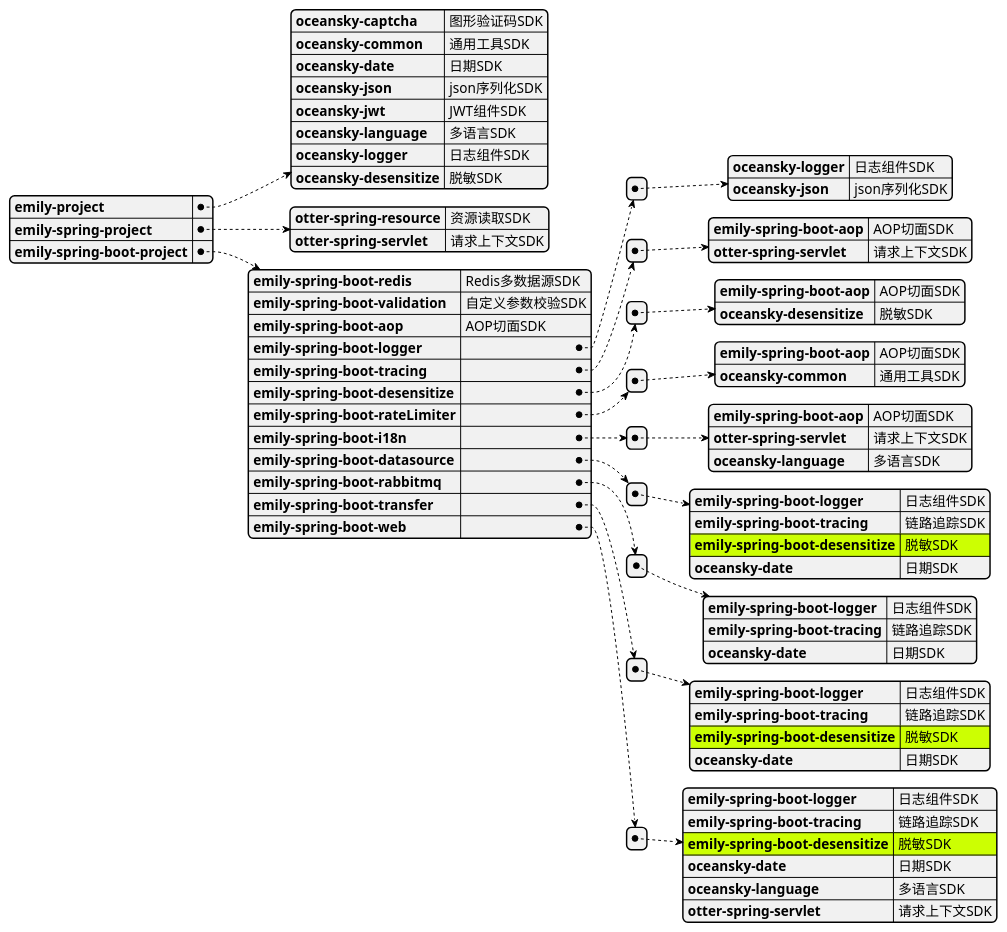
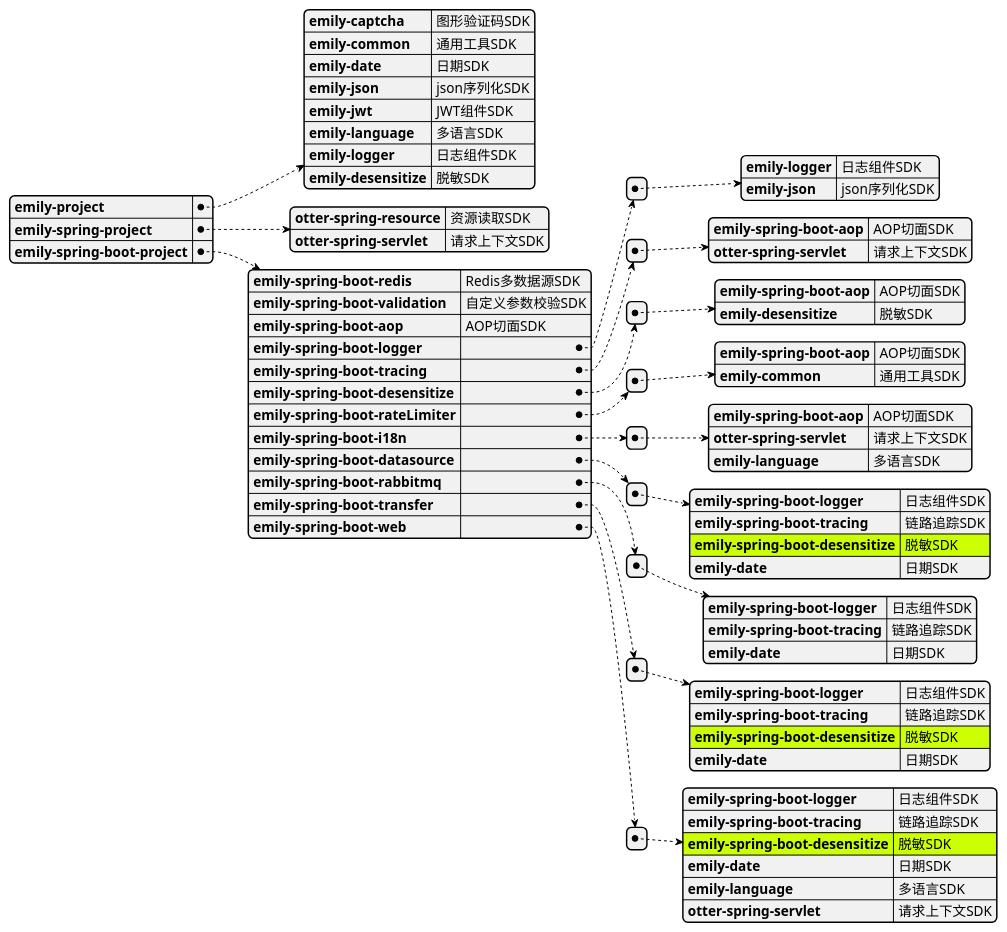
One commit to mingyang66/spring-parent changed the diagram in framework.puml. Above: the diagram before and after it, drawn with PlantUML. The commit also changed 208 other files, not shown here.

```diff
--- a/framework.puml
+++ b/framework.puml
@@ -1,75 +1,75 @@
 @startjson
 #highlight "emily-spring-boot-project" / "emily-spring-boot-datasource" / "0" /"emily-spring-boot-desensitize"
 #highlight "emily-spring-boot-project" / "emily-spring-boot-transfer" / "0" /"emily-spring-boot-desensitize"
 #highlight "emily-spring-boot-project" / "emily-spring-boot-web" / "0" /"emily-spring-boot-desensitize"
 {
 "emily-project":
   {
-  "oceansky-captcha": "图形验证码SDK",
-  "oceansky-common": "通用工具SDK",
-  "oceansky-date": "日期SDK",
-  "oceansky-json": "json序列化SDK",
-  "oceansky-jwt": "JWT组件SDK",
-  "oceansky-language": "多语言SDK",
-  "oceansky-logger":"日志组件SDK",
-  "oceansky-desensitize":"脱敏SDK"
+  "emily-captcha": "图形验证码SDK",
+  "emily-common": "通用工具SDK",
+  "emily-date": "日期SDK",
+  "emily-json": "json序列化SDK",
+  "emily-jwt": "JWT组件SDK",
+  "emily-language": "多语言SDK",
+  "emily-logger":"日志组件SDK",
+  "emily-desensitize":"脱敏SDK"
   },
 "emily-spring-project":
  {
  "otter-spring-resource": "资源读取SDK",
  "otter-spring-servlet":"请求上下文SDK"
  },
 "emily-spring-boot-project":
   {
   "emily-spring-boot-redis": "Redis多数据源SDK",
   "emily-spring-boot-validation": "自定义参数校验SDK",
   "emily-spring-boot-aop": "AOP切面SDK",
   "emily-spring-boot-logger": [{
-        "oceansky-logger":"日志组件SDK",
-        "oceansky-json":"json序列化SDK"
+        "emily-logger":"日志组件SDK",
+        "emily-json":"json序列化SDK"
   }],
   "emily-spring-boot-tracing": [{
         "emily-spring-boot-aop":"AOP切面SDK",
         "otter-spring-servlet":"请求上下文SDK"
   }],
   "emily-spring-boot-desensitize": [{
         "emily-spring-boot-aop":"AOP切面SDK",
-        "oceansky-desensitize":"脱敏SDK"
+        "emily-desensitize":"脱敏SDK"
   }],
   "emily-spring-boot-rateLimiter": [{
         "emily-spring-boot-aop":"AOP切面SDK",
-        "oceansky-common":"通用工具SDK"
+        "emily-common":"通用工具SDK"
   }],
   "emily-spring-boot-i18n": [{
         "emily-spring-boot-aop":"AOP切面SDK",
         "otter-spring-servlet":"请求上下文SDK",
-        "oceansky-language":"多语言SDK"
+        "emily-language":"多语言SDK"
   }],
   "emily-spring-boot-datasource": [{
         "emily-spring-boot-logger":"日志组件SDK",
         "emily-spring-boot-tracing":"链路追踪SDK",
         "emily-spring-boot-desensitize":"脱敏SDK",
-        "oceansky-date":"日期SDK"
+        "emily-date":"日期SDK"
   }],
   "emily-spring-boot-rabbitmq": [{
         "emily-spring-boot-logger":"日志组件SDK",
         "emily-spring-boot-tracing":"链路追踪SDK",
-        "oceansky-date":"日期SDK"
+        "emily-date":"日期SDK"
   }],
   "emily-spring-boot-transfer": [{
           "emily-spring-boot-logger":"日志组件SDK",
           "emily-spring-boot-tracing":"链路追踪SDK",
           "emily-spring-boot-desensitize":"脱敏SDK",
-          "oceansky-date":"日期SDK"
+          "emily-date":"日期SDK"
   }],
   "emily-spring-boot-web": [{
            "emily-spring-boot-logger":"日志组件SDK",
            "emily-spring-boot-tracing":"链路追踪SDK",
            "emily-spring-boot-desensitize":"脱敏SDK",
-           "oceansky-date":"日期SDK",
-           "oceansky-language":"多语言SDK",
+           "emily-date":"日期SDK",
+           "emily-language":"多语言SDK",
            "otter-spring-servlet":"请求上下文SDK"
   }]
   }
 }
 @endjson
```
